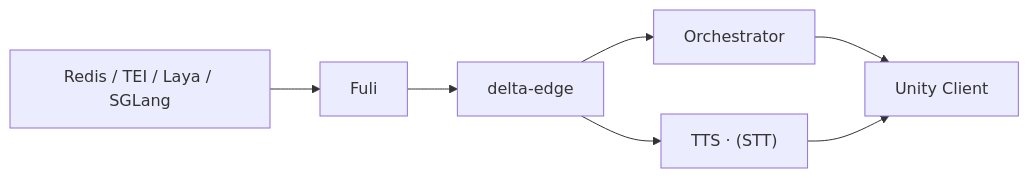
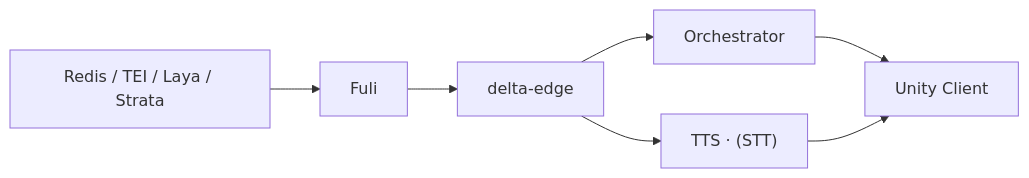
One commit to deltaAnima/Project_deltaAnima changed the eighth of 9 diagrams in README.md. Above: the diagram before and after it, drawn with Mermaid. The commit also changed other lines of this file, not shown here.

Commit message:
Update README to reflect Strata model changes

````diff
--- a/README.md
+++ b/README.md
@@ -604,8 +603,8 @@
 ```mermaid
 flowchart LR
-    A["Redis / TEI / Laya / SGLang"] --> B["Fuli"]
+    A["Redis / TEI / Laya / Strata"] --> B["Fuli"]
     B --> C["delta-edge"]
     C --> D["Orchestrator"]
     C --> E["TTS · (STT)"]
     D & E --> F["Unity Client"]
 ```
````
